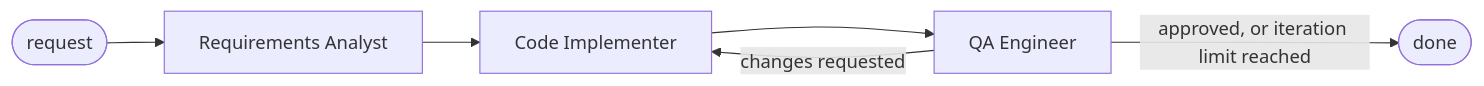
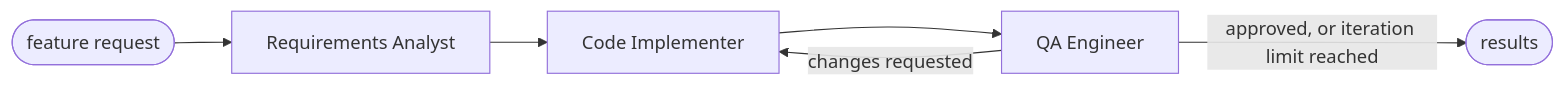
The diagram in README.md (adeelbandesha/langgraph-agent-starterkit), drawn with Mermaid before and after one commit. The commit also changed other lines of this file and 12 other files, not shown here.

````diff
--- a/README.md
+++ b/README.md
@@ -16,8 +35,8 @@
 ```mermaid
 flowchart LR
-    START([request]) --> analyst[Requirements Analyst]
+    START([feature request]) --> analyst[Requirements Analyst]
     analyst --> implementer[Code Implementer]
     implementer --> qa[QA Engineer]
-    qa -- approved, or iteration limit reached --> END([done])
+    qa -- approved, or iteration limit reached --> END([results])
     qa -- changes requested --> implementer
 ```
````
